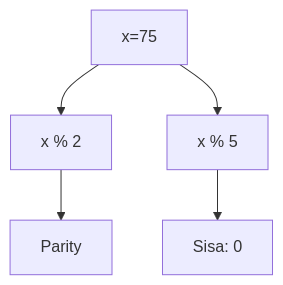
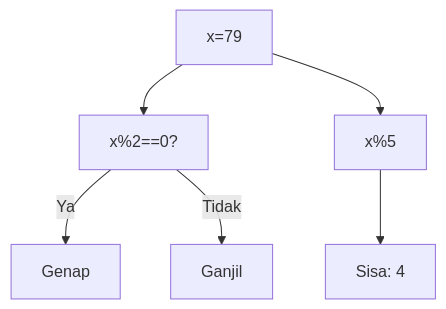
One commit to amnahwaida/OSNK_INF_PREP changed the seventh of 25 diagrams in part-c-pemahaman-cpp/01-tipe-data/latihan/set-12.md. Above: the diagram before and after it, drawn with Mermaid. The commit also changed other lines of this file and 71 other files, not shown here.

Commit message:
Fixed Mermaid syntax lexical errors with quoted labels in 1,800 questions

````diff
--- a/part-c-pemahaman-cpp/01-tipe-data/latihan/set-12.md
+++ b/part-c-pemahaman-cpp/01-tipe-data/latihan/set-12.md
@@ -145,7 +214,8 @@
 ```mermaid
 graph TD
-A[x=75] --> B[x % 2]
-B --> C[Parity]
-A --> D[x % 5]
-D --> E[Sisa: 0]
+A["x=79"] --> B["x%2==0?"]
+B -- Ya --> C["Genap"]
+B -- Tidak --> D["Ganjil"]
+A --> E["x%5"]
+E --> F["Sisa: 4"]
 ```
````
